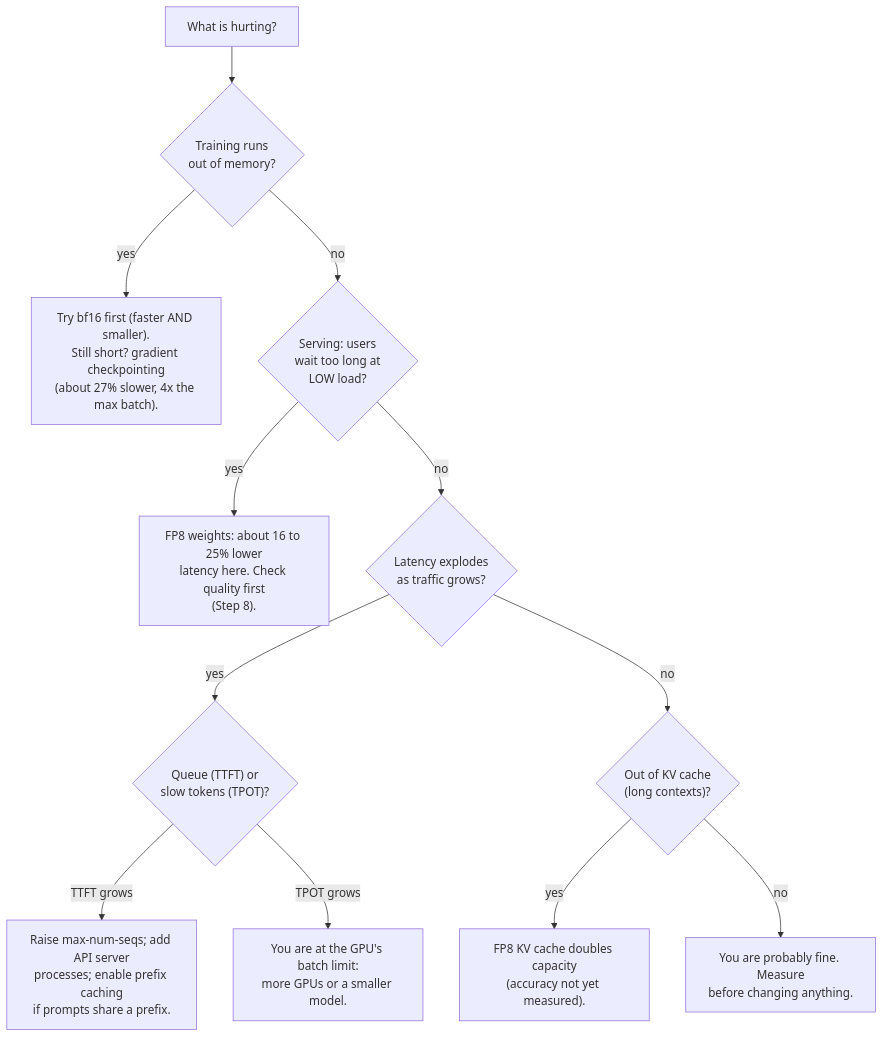
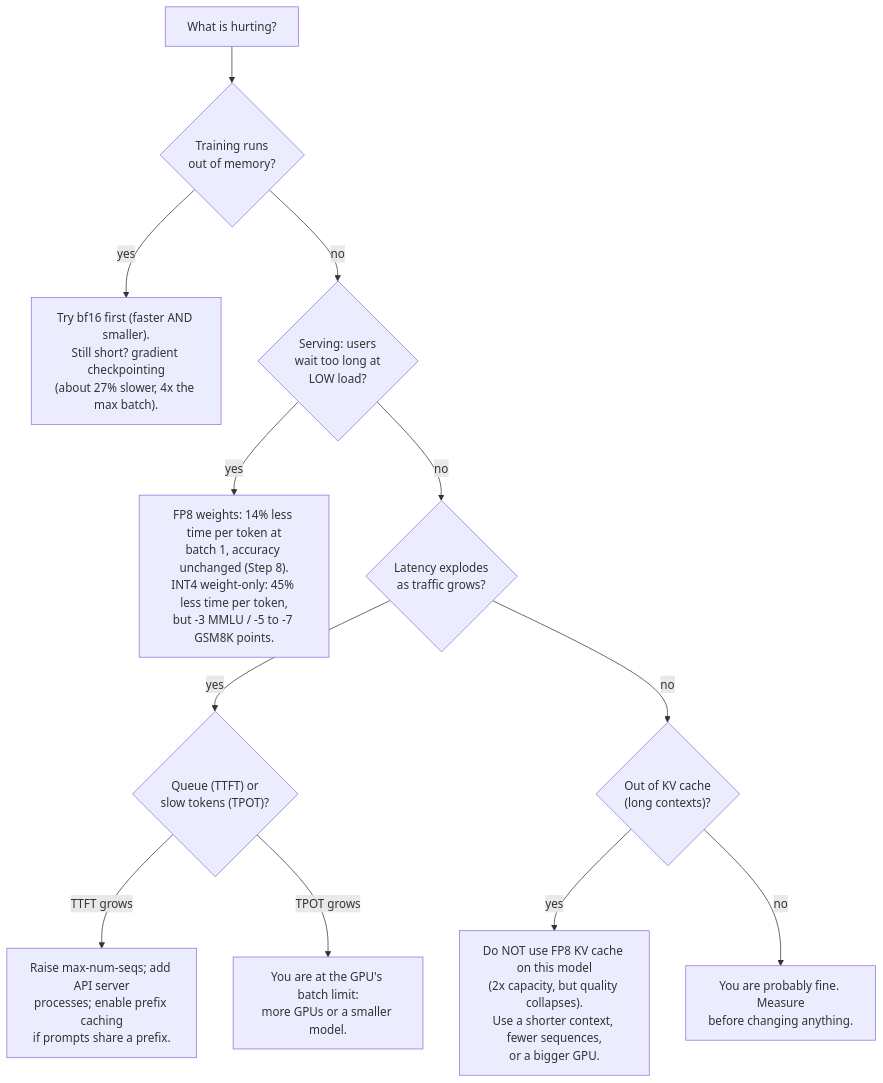
One commit to samruddhichitnis02/squeeze-the-4090 changed the second of 2 diagrams in README.md. Above: the diagram before and after it, drawn with Mermaid. The commit also changed other lines of this file and 57 other files, not shown here.

Commit message:
Add quantization quality evaluation (MMLU, GSM8K, perplexity) and FP8 KV-cache failure analysis

````diff
--- a/README.md
+++ b/README.md
@@ -323,14 +349,14 @@
 ```mermaid
 flowchart TD
     Q["What is hurting?"] --> A{"Training runs<br/>out of memory?"}
     A -- yes --> A1["Try bf16 first (faster AND smaller).<br/>Still short? gradient checkpointing<br/>(about 27% slower, 4x the max batch)."]
     A -- no --> B{"Serving: users<br/>wait too long at<br/>LOW load?"}
-    B -- yes --> B1["FP8 weights: about 16 to 25% lower<br/>latency here. Check quality first<br/>(Step 8)."]
+    B -- yes --> B1["FP8 weights: 14% less time per token at<br/>batch 1, accuracy unchanged (Step 8).<br/>INT4 weight-only: 45% less time per token,<br/>but -3 MMLU / -5 to -7 GSM8K points."]
     B -- no --> C{"Latency explodes<br/>as traffic grows?"}
     C -- yes --> C1{"Queue (TTFT) or<br/>slow tokens (TPOT)?"}
     C1 -- "TTFT grows" --> C2["Raise max-num-seqs; add API server<br/>processes; enable prefix caching<br/>if prompts share a prefix."]
     C1 -- "TPOT grows" --> C3["You are at the GPU's batch limit:<br/>more GPUs or a smaller model."]
     C -- no --> D{"Out of KV cache<br/>(long contexts)?"}
-    D -- yes --> D1["FP8 KV cache doubles capacity<br/>(accuracy not yet measured)."]
+    D -- yes --> D1["Do NOT use FP8 KV cache on this model<br/>(2x capacity, but quality collapses).<br/>Use a shorter context, fewer sequences,<br/>or a bigger GPU."]
     D -- no --> E["You are probably fine. Measure<br/>before changing anything."]
 ```
````
